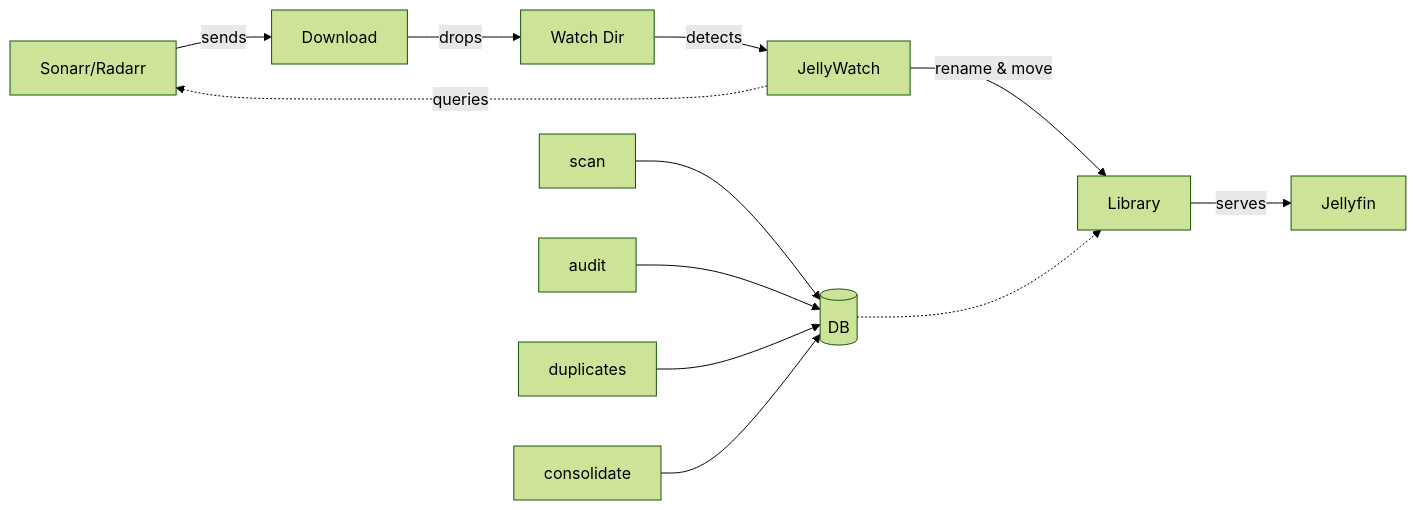
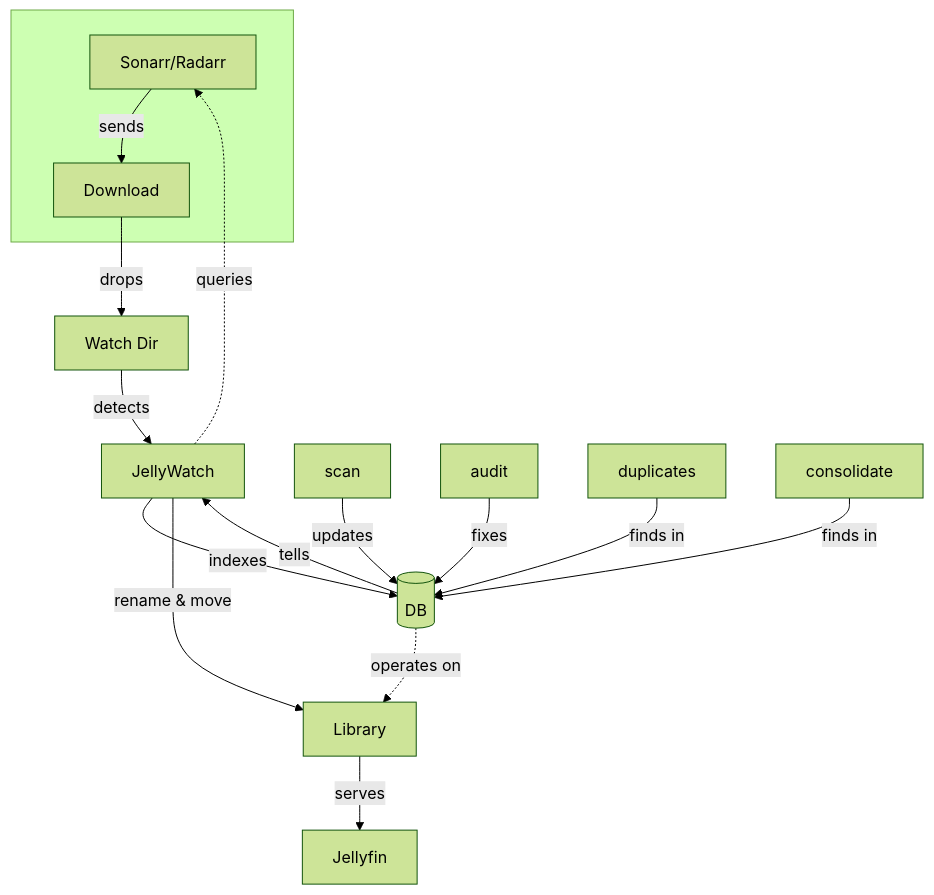
One commit to Nomadcxx/jellywatch changed the diagram in README.md. Above: the diagram before and after it, drawn with Mermaid (forest theme).

Commit message:
Improve diagram showing DB relationships

````diff
--- a/README.md
+++ b/README.md
@@ -22,16 +22,23 @@
 ```mermaid
-flowchart LR
-    A[Sonarr/Radarr] -->|sends| B[Download]
+flowchart TB
+    subgraph Input[" "]
+        A[Sonarr/Radarr] -->|sends| B[Download]
+    end
+    
     B -->|drops| C[Watch Dir]
     C -->|detects| D[JellyWatch]
+    
+    D -->|indexes| DB[(DB)]
+    DB -->|tells| D
+    
     D -->|rename & move| E[Library]
     E -->|serves| F[Jellyfin]
     
     D -.->|queries| A
     
-    G[scan] --> H[(DB)]
-    I[audit] --> H
-    J[duplicates] --> H
-    K[consolidate] --> H
-    H -.-> E
+    G[scan] -->|updates| DB
+    H[audit] -->|fixes| DB
+    I[duplicates] -->|finds in| DB
+    J[consolidate] -->|finds in| DB
+    DB -.->|operates on| E
 ```
````
